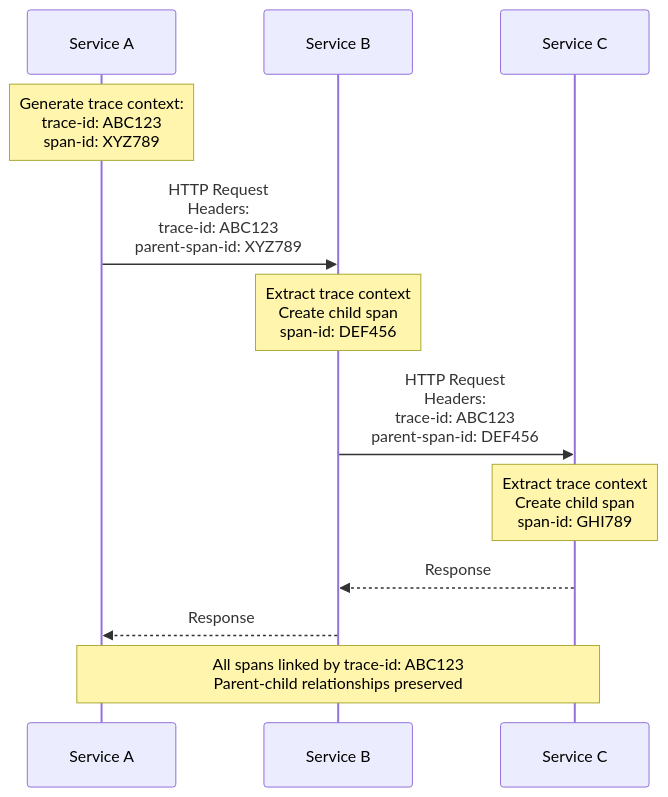
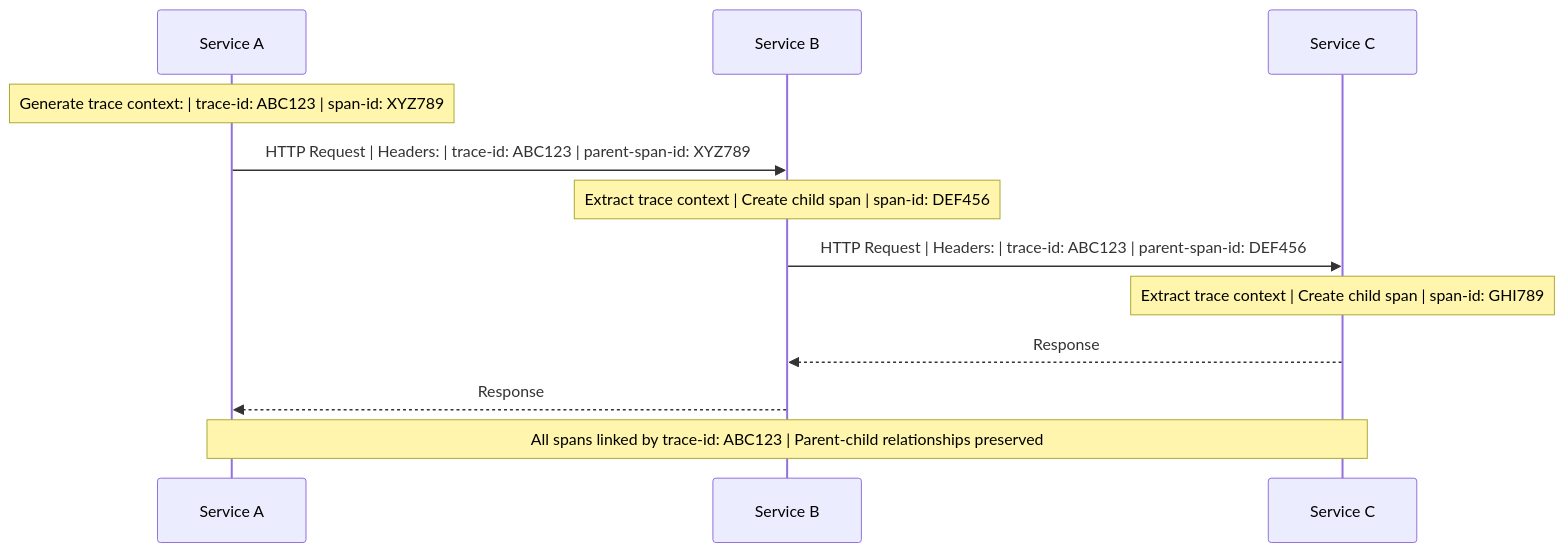
One commit to p1kmr/for-reading changed the tenth of 14 diagrams in HLD/foundation/12_monitoring.md. Above: the diagram before and after it, drawn with Mermaid. The commit also changed other lines of this file and 14 other files, not shown here.

Commit message:
Fix Mermaid diagram syntax: Replace <br/> with <br> for GitHub compatibility

````diff
--- a/HLD/foundation/12_monitoring.md
+++ b/HLD/foundation/12_monitoring.md
@@ -555,21 +555,21 @@
 ```mermaid
 sequenceDiagram
     participant Service1 as Service A
     participant Service2 as Service B
     participant Service3 as Service C
 
-    Note over Service1: Generate trace context:<br/>trace-id: ABC123<br/>span-id: XYZ789
+    Note over Service1: Generate trace context: | trace-id: ABC123 | span-id: XYZ789
 
-    Service1->>Service2: HTTP Request<br/>Headers:<br/>trace-id: ABC123<br/>parent-span-id: XYZ789
+    Service1->>Service2: HTTP Request | Headers: | trace-id: ABC123 | parent-span-id: XYZ789
 
-    Note over Service2: Extract trace context<br/>Create child span<br/>span-id: DEF456
+    Note over Service2: Extract trace context | Create child span | span-id: DEF456
 
-    Service2->>Service3: HTTP Request<br/>Headers:<br/>trace-id: ABC123<br/>parent-span-id: DEF456
+    Service2->>Service3: HTTP Request | Headers: | trace-id: ABC123 | parent-span-id: DEF456
 
-    Note over Service3: Extract trace context<br/>Create child span<br/>span-id: GHI789
+    Note over Service3: Extract trace context | Create child span | span-id: GHI789
 
     Service3-->>Service2: Response
     Service2-->>Service1: Response
 
-    Note over Service1,Service3: All spans linked by trace-id: ABC123<br/>Parent-child relationships preserved
+    Note over Service1,Service3: All spans linked by trace-id: ABC123 | Parent-child relationships preserved
 ```
````
